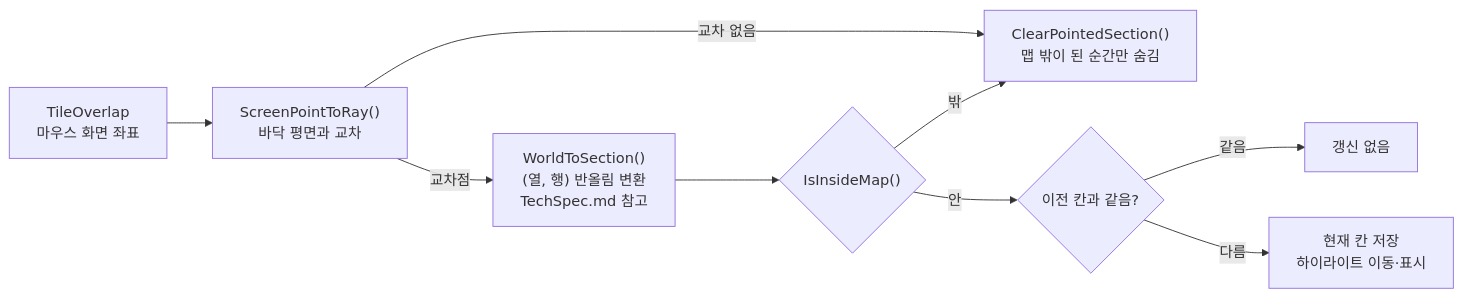
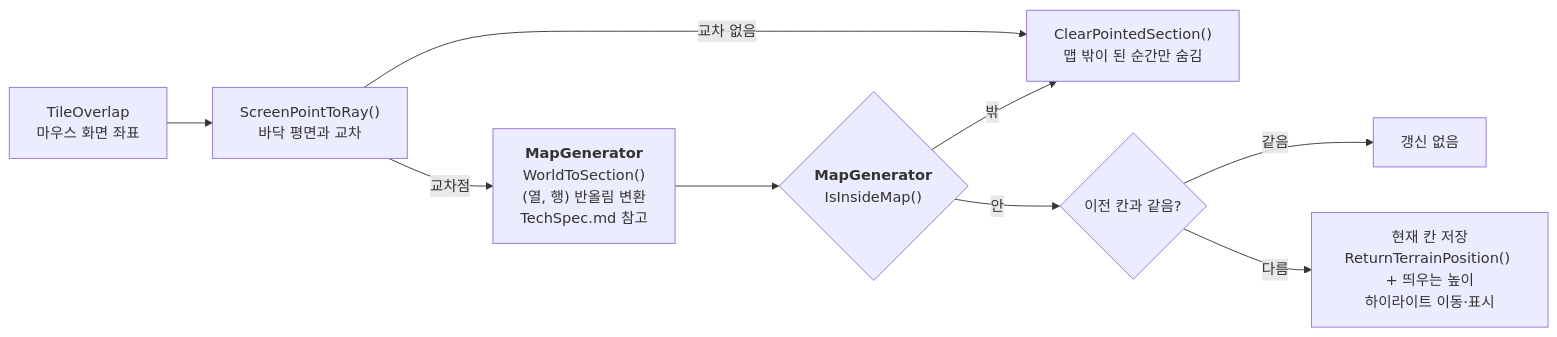
The eighth of 19 diagrams in Docs/ImplementDocs/Diagram.md (jayy5288sk/PersonalProject), drawn with Mermaid before and after one commit. The commit also changed other lines of this file and 1 other file, not shown here.

Commit message:
[Docs] 기술문서 작성 및 다이어그램 갱신

````diff
--- a/Docs/ImplementDocs/Diagram.md
+++ b/Docs/ImplementDocs/Diagram.md
@@ -159,11 +163,11 @@
 ```mermaid
 flowchart LR
     A["TileOverlap<br/>마우스 화면 좌표"] --> B["ScreenPointToRay()<br/>바닥 평면과 교차"]
     B -->|교차 없음| H["ClearPointedSection()<br/>맵 밖이 된 순간만 숨김"]
-    B -->|교차점| C["WorldToSection()<br/>(열, 행) 반올림 변환<br/>TechSpec.md 참고"]
-    C --> D{"IsInsideMap()"}
+    B -->|교차점| C["<b>MapGenerator</b><br/>WorldToSection()<br/>(열, 행) 반올림 변환<br/>TechSpec.md 참고"]
+    C --> D{"<b>MapGenerator</b><br/>IsInsideMap()"}
     D -->|밖| H
     D -->|안| E{"이전 칸과 같음?"}
     E -->|같음| F["갱신 없음"]
-    E -->|다름| G["현재 칸 저장<br/>하이라이트 이동·표시"]
+    E -->|다름| G["현재 칸 저장<br/>ReturnTerrainPosition() + 띄우는 높이<br/>하이라이트 이동·표시"]
 ```
````
